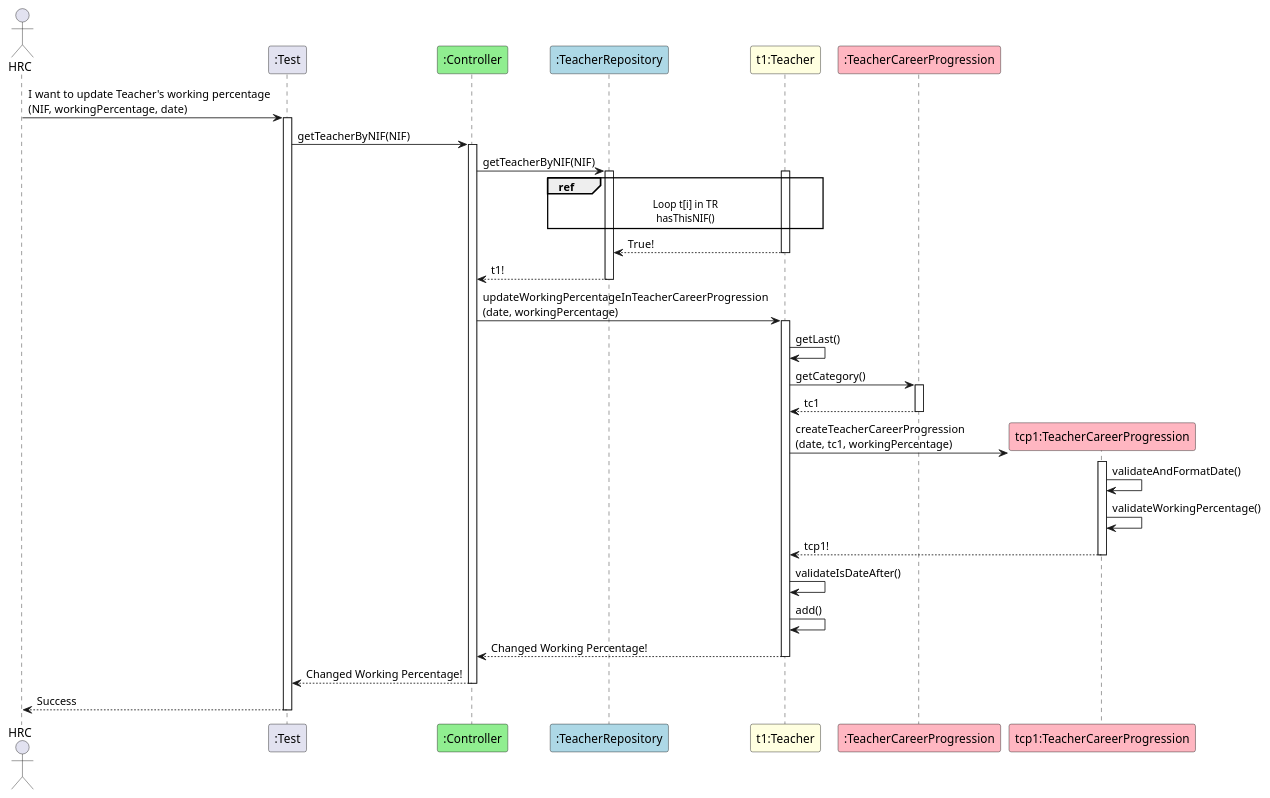
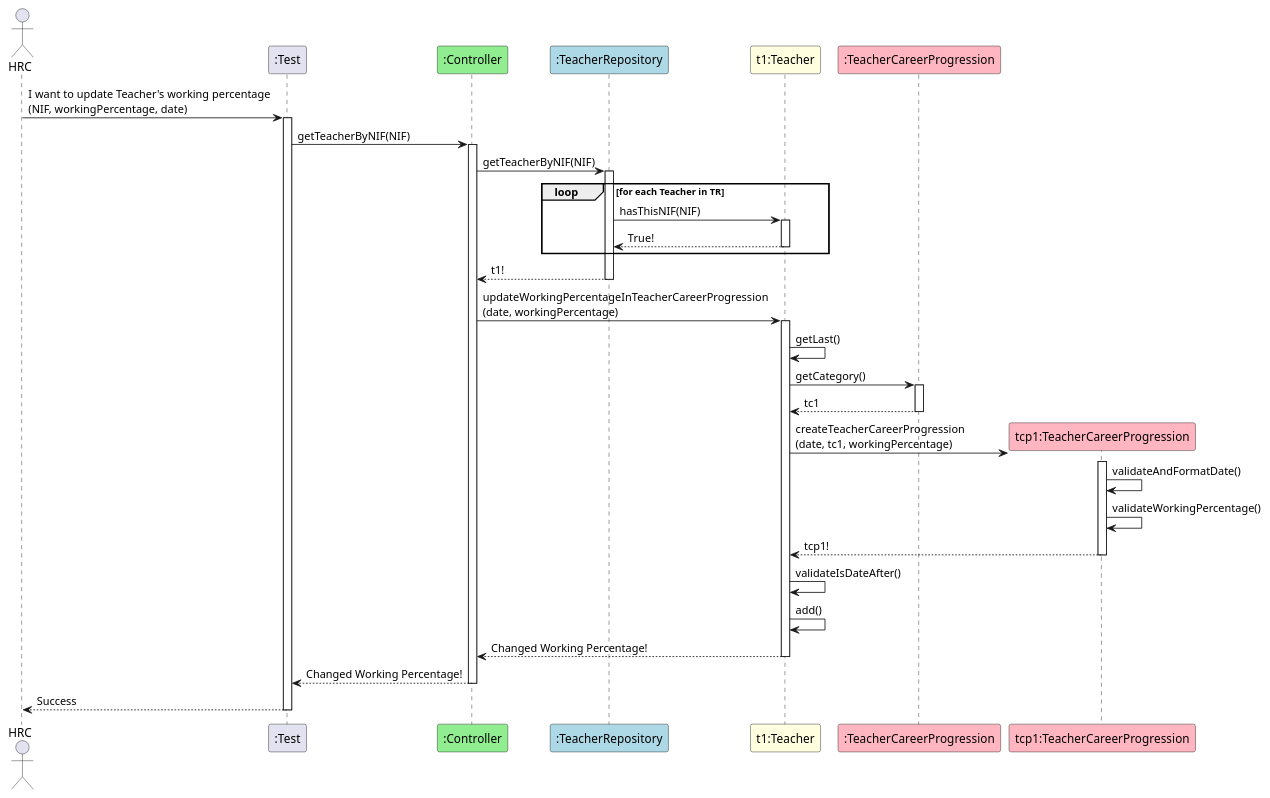
One commit to GasparISEP/DevOps-PAI changed the diagram in docs/sequenceDiagrams/US15/US15_UpdateTeacherWorkingPercentage.puml. Above: the diagram before and after it, drawn with PlantUML. The commit also changed 1 other file, not shown here.

Commit message:
-Altered US15 sequence diagram -Added tests to US15_UpdateTeacherWorkingPercentageControllerTest class

```diff
--- a/docs/sequenceDiagrams/US15/US15_UpdateTeacherWorkingPercentage.puml
+++ b/docs/sequenceDiagrams/US15/US15_UpdateTeacherWorkingPercentage.puml
@@ -1,57 +1,53 @@
 @startuml
 
 actor HRC
 participant ":Test" as Test
 participant ":Controller" as Controller #lightgreen
 participant ":TeacherRepository" as TR #lightblue
 participant "t1:Teacher" as Teacher #lightyellow
 participant ":TeacherCareerProgression" as TCP #lightpink
 participant "tcp1:TeacherCareerProgression" as TCP1 #lightpink
 
-
 HRC -> Test : I want to update Teacher's working percentage \n(NIF, workingPercentage, date)
 activate Test
 Test -> Controller : getTeacherByNIF(NIF)
 activate Controller
 
 Controller -> TR : getTeacherByNIF(NIF)
 activate TR
-ref over TR, Teacher
-    Loop t[i] in TR
-    hasThisNIF()
-end ref
-activate Teacher
-Teacher --> TR : True!
-deactivate Teacher
+
+loop for each Teacher in TR
+    TR -> Teacher : hasThisNIF(NIF)
+    activate Teacher
+    Teacher --> TR : True!
+    deactivate Teacher
+end
+
 TR --> Controller : t1!
 deactivate TR
-
-deactivate TCP
-deactivate TR
-
-deactivate Teacher
 
 Controller -> Teacher : updateWorkingPercentageInTeacherCareerProgression \n(date, workingPercentage)
 activate Teacher
 Teacher -> Teacher : getLast()
 Teacher -> TCP : getCategory()
 activate TCP
 TCP --> Teacher : tc1
 deactivate TCP
 Teacher -> TCP1** : createTeacherCareerProgression \n(date, tc1, workingPercentage)
 activate TCP1
 TCP1 -> TCP1 : validateAndFormatDate()
 TCP1 -> TCP1 : validateWorkingPercentage()
 TCP1 --> Teacher : tcp1!
 deactivate TCP1
 Teacher -> Teacher : validateIsDateAfter()
 Teacher -> Teacher : add()
 
 Teacher --> Controller : Changed Working Percentage!
 deactivate Teacher
 
 Controller --> Test : Changed Working Percentage!
 deactivate Controller
 Test --> HRC : Success
 deactivate Test
+
 @enduml
```
